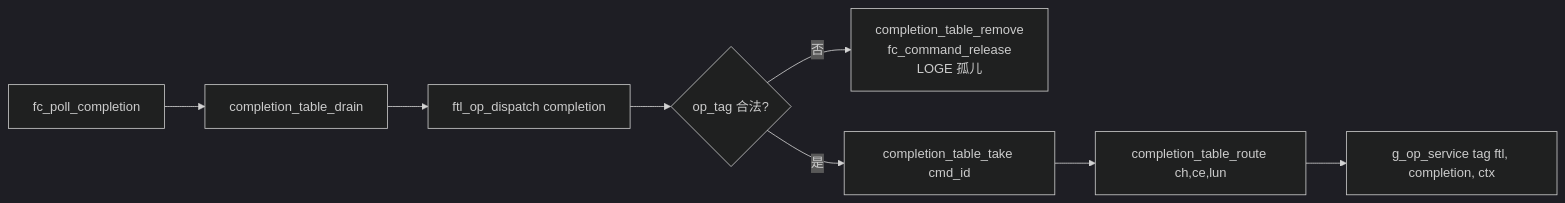
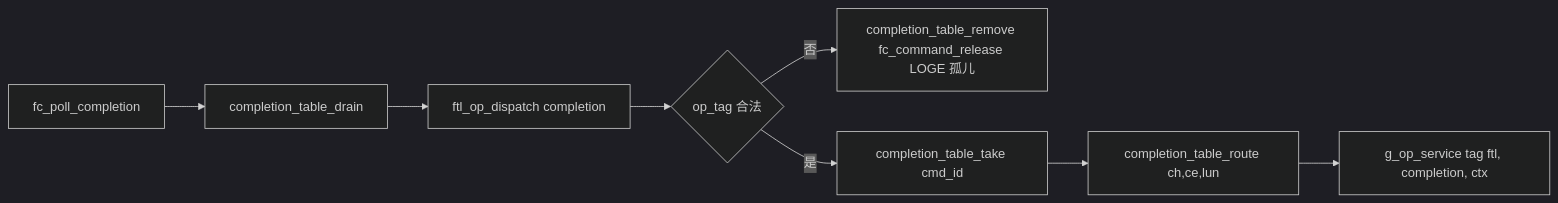
Diagram 14 of 28 in docs/design/ftl_design.md (YzYMIAO/BASESSD), drawn with Mermaid (dark theme) before and after one commit. The commit also changed other lines of this file, not shown here.

First line of the commit message:
docs(ftl): 将 stateDiagram 全部改为 flowchart 并收敛标签字符集

````diff
--- a/docs/design/ftl_design.md
+++ b/docs/design/ftl_design.md
@@ -2145,10 +2174,10 @@
 ```mermaid
 flowchart LR
     A["fc_poll_completion"] --> B["completion_table_drain"]
     B --> C["ftl_op_dispatch completion"]
-    C --> D{"op_tag 合法?"}
-    D -- "否" --> E["completion_table_remove<br/>fc_command_release<br/>LOGE 孤儿"]
+    C --> D{"op_tag 合法"}
+    D -- "否" --> E["completion_table_remove fc_command_release LOGE 孤儿"]
     D -- "是" --> F["completion_table_take cmd_id"]
     F --> G["completion_table_route ch,ce,lun"]
     G --> H["g_op_service tag ftl, completion, ctx"]
 ```
````
